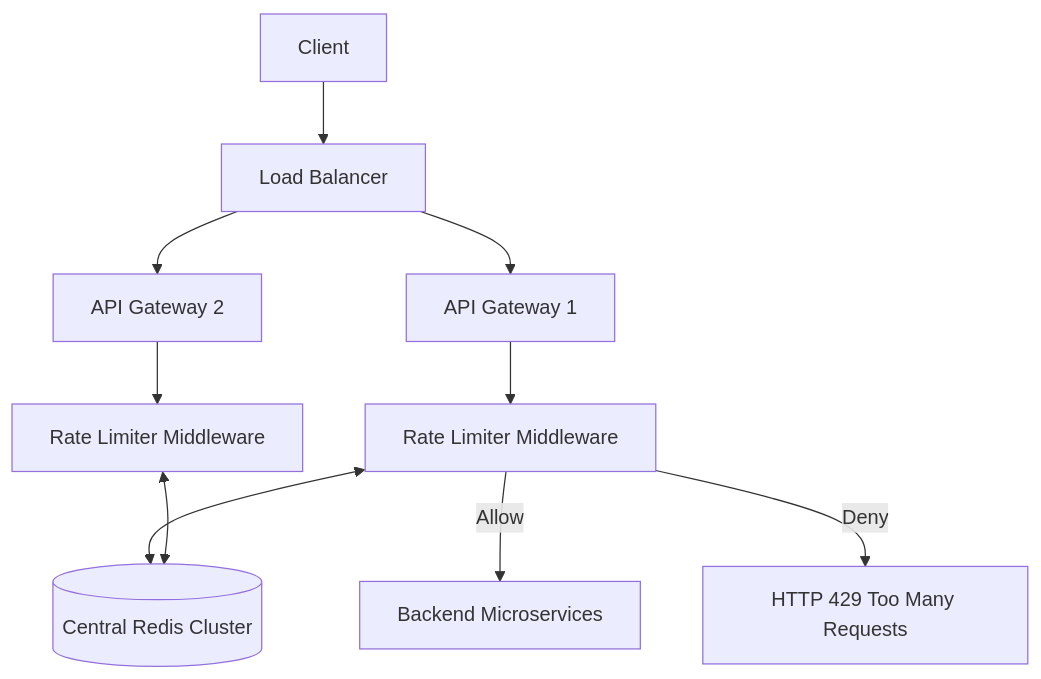
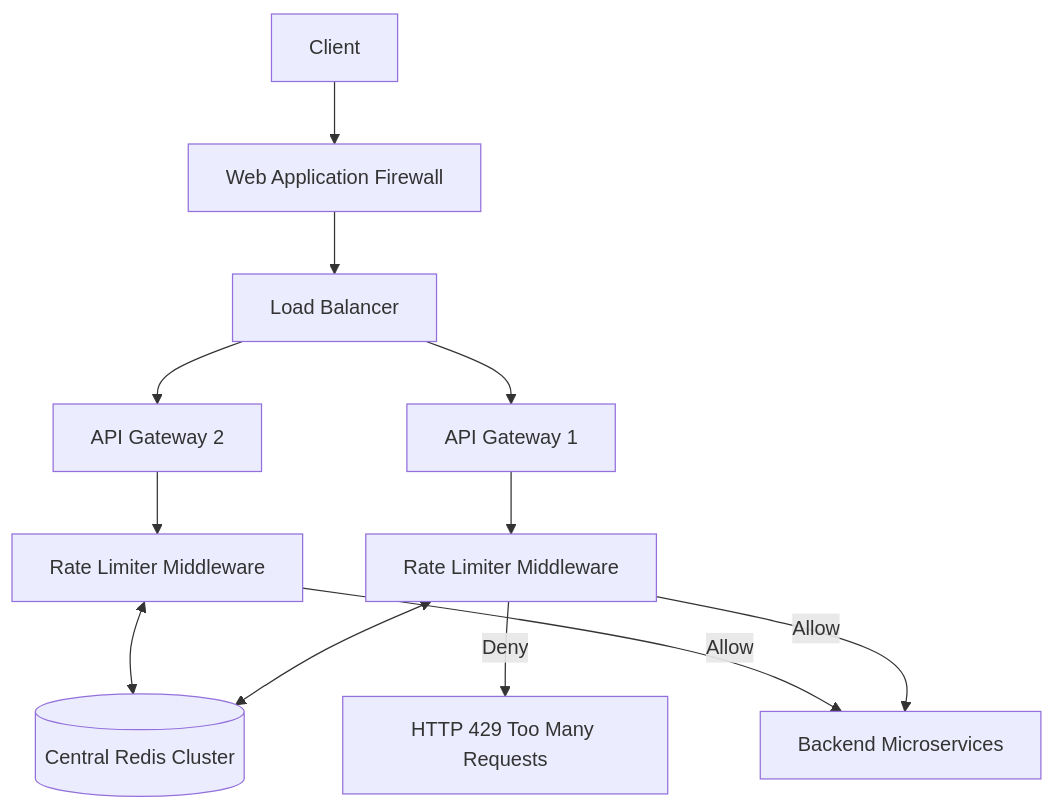
The diagram in system_design_hld/architectures/utilities/RATE_LIMITER.md (Ankur-glitchtracer/docs), drawn with Mermaid before and after one commit. The commit also changed other lines of this file and 277 other files, not shown here.

````diff
--- a/system_design_hld/architectures/utilities/RATE_LIMITER.md
+++ b/system_design_hld/architectures/utilities/RATE_LIMITER.md
@@ -35,15 +66,18 @@
 ```mermaid
 graph TD
-    Client --> LB[Load Balancer]
+    Client --> WAF[Web Application Firewall]
+    WAF --> LB[Load Balancer]
+    
     LB --> API1[API Gateway 1]
     LB --> API2[API Gateway 2]
     
     API1 --> RL1[Rate Limiter Middleware]
     API2 --> RL2[Rate Limiter Middleware]
     
     RL1 <--> Redis[(Central Redis Cluster)]
     RL2 <--> Redis
     
     RL1 -->|Allow| Svc[Backend Microservices]
     RL1 -->|Deny| 429[HTTP 429 Too Many Requests]
+    RL2 -->|Allow| Svc
 ```
````
